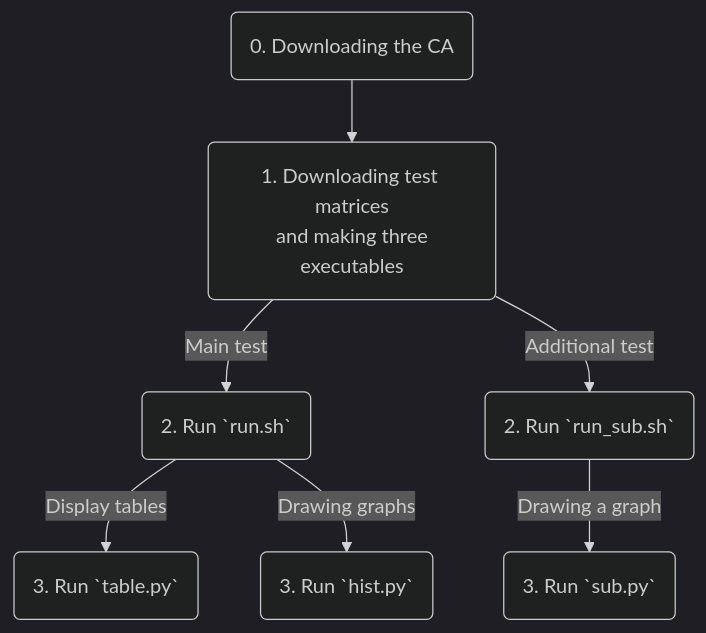
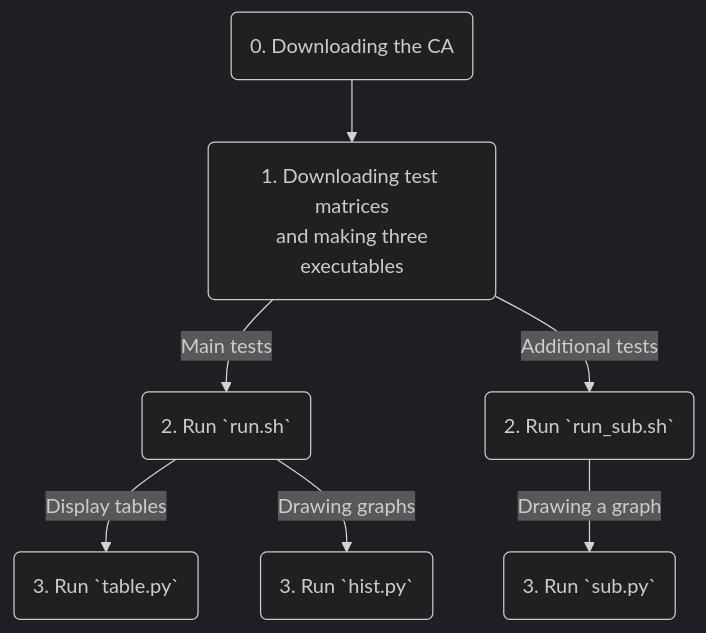
Before and after one commit to suzuki-hpc/SC23-AD: the diagram in README.md, drawn with Mermaid (dark theme). The commit also changed other lines of this file and 2 other files, not shown here.

````diff
--- a/README.md
+++ b/README.md
@@ -33,9 +33,9 @@
 ```mermaid
 flowchart
 	A(0. Downloading the CA) --> B(1. Downloading test matrices\n and making three executables);
-	B -- Main test --> C(2. Run `run.sh`);
-	B -- Additional test --> D(2. Run `run_sub.sh`);
+	B -- Main tests --> C(2. Run `run.sh`);
+	B -- Additional tests --> D(2. Run `run_sub.sh`);
 	C -- Display tables --> E(3. Run `table.py`);
 	C -- Drawing graphs --> F(3. Run `hist.py`);
 	D -- Drawing a graph --> G(3. Run `sub.py`);
 ```
````
